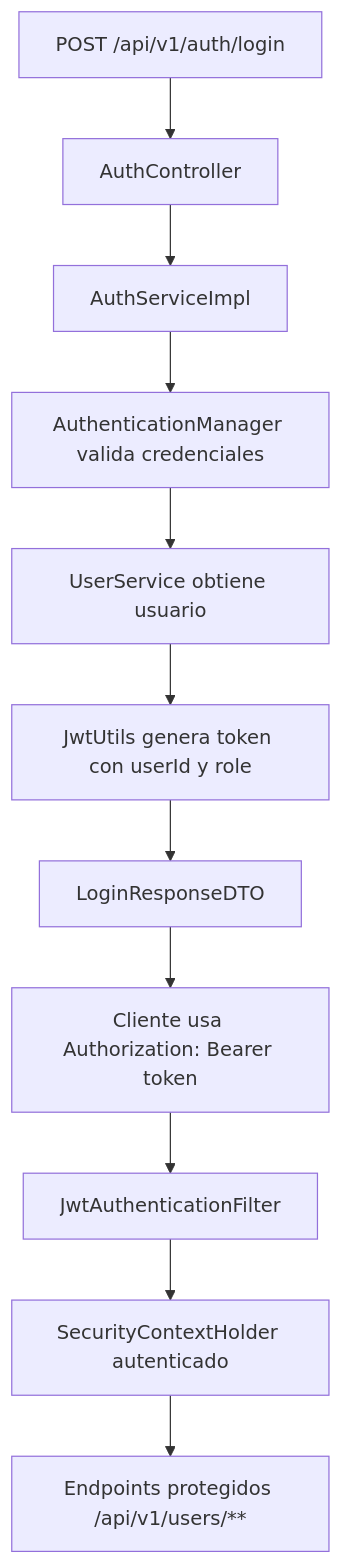
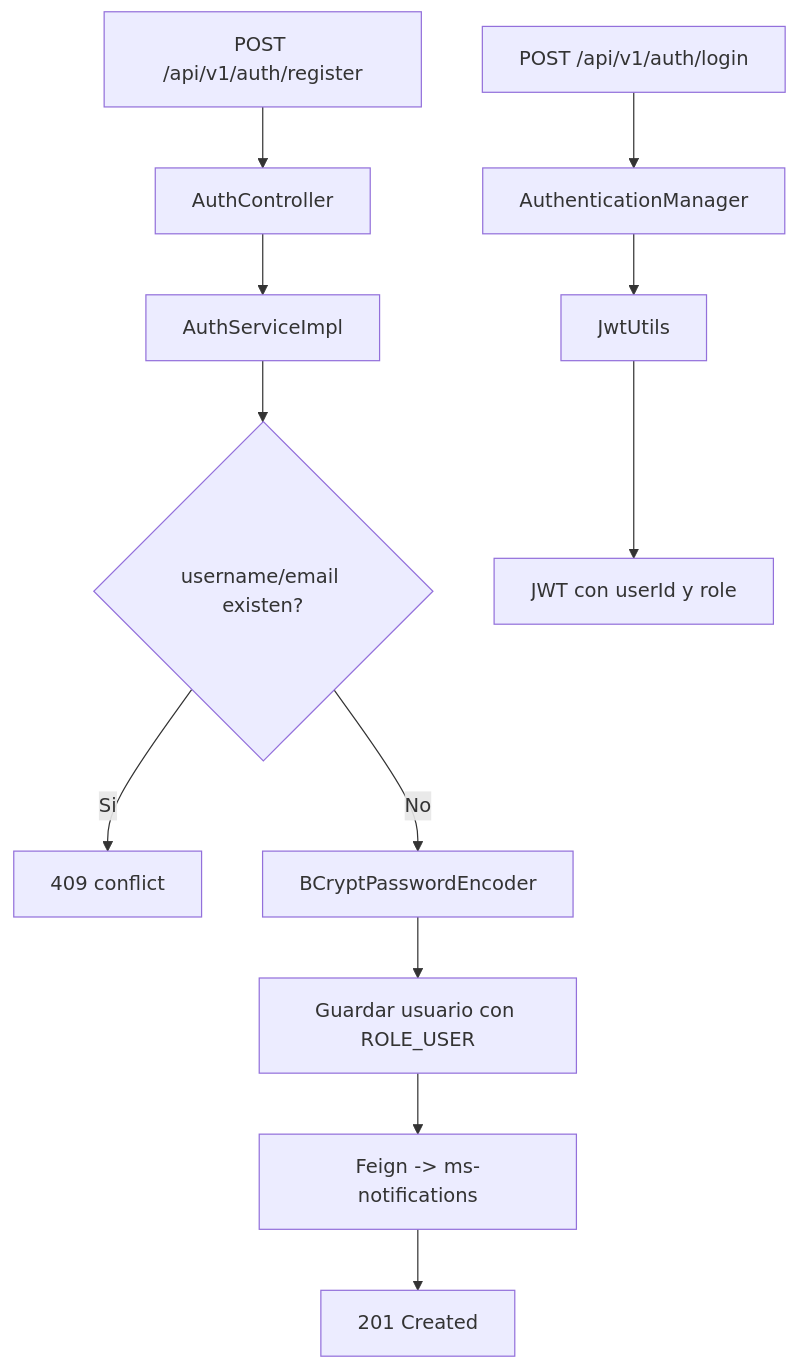
The second of 2 diagrams in users/users/README.md (Sebastianidm/blockbuster-microservices), drawn with Mermaid before and after one commit. The commit also changed other lines of this file and 7 other files, not shown here.

````diff
--- a/users/users/README.md
+++ b/users/users/README.md
@@ -83,13 +118,15 @@
 ```mermaid
 flowchart TD
-    A["POST /api/v1/auth/login"] --> B["AuthController"]
+    A["POST /api/v1/auth/register"] --> B["AuthController"]
     B --> C["AuthServiceImpl"]
-    C --> D["AuthenticationManager valida credenciales"]
-    D --> E["UserService obtiene usuario"]
-    E --> F["JwtUtils genera token con userId y role"]
-    F --> G["LoginResponseDTO"]
-    G --> H["Cliente usa Authorization: Bearer token"]
-    H --> I["JwtAuthenticationFilter"]
-    I --> J["SecurityContextHolder autenticado"]
-    J --> K["Endpoints protegidos /api/v1/users/**"]
+    C --> D{"username/email existen?"}
+    D -- "Si" --> E["409 conflict"]
+    D -- "No" --> F["BCryptPasswordEncoder"]
+    F --> G["Guardar usuario con ROLE_USER"]
+    G --> H["Feign -> ms-notifications"]
+    H --> I["201 Created"]
+
+    J["POST /api/v1/auth/login"] --> K["AuthenticationManager"]
+    K --> L["JwtUtils"]
+    L --> M["JWT con userId y role"]
 ```
````
